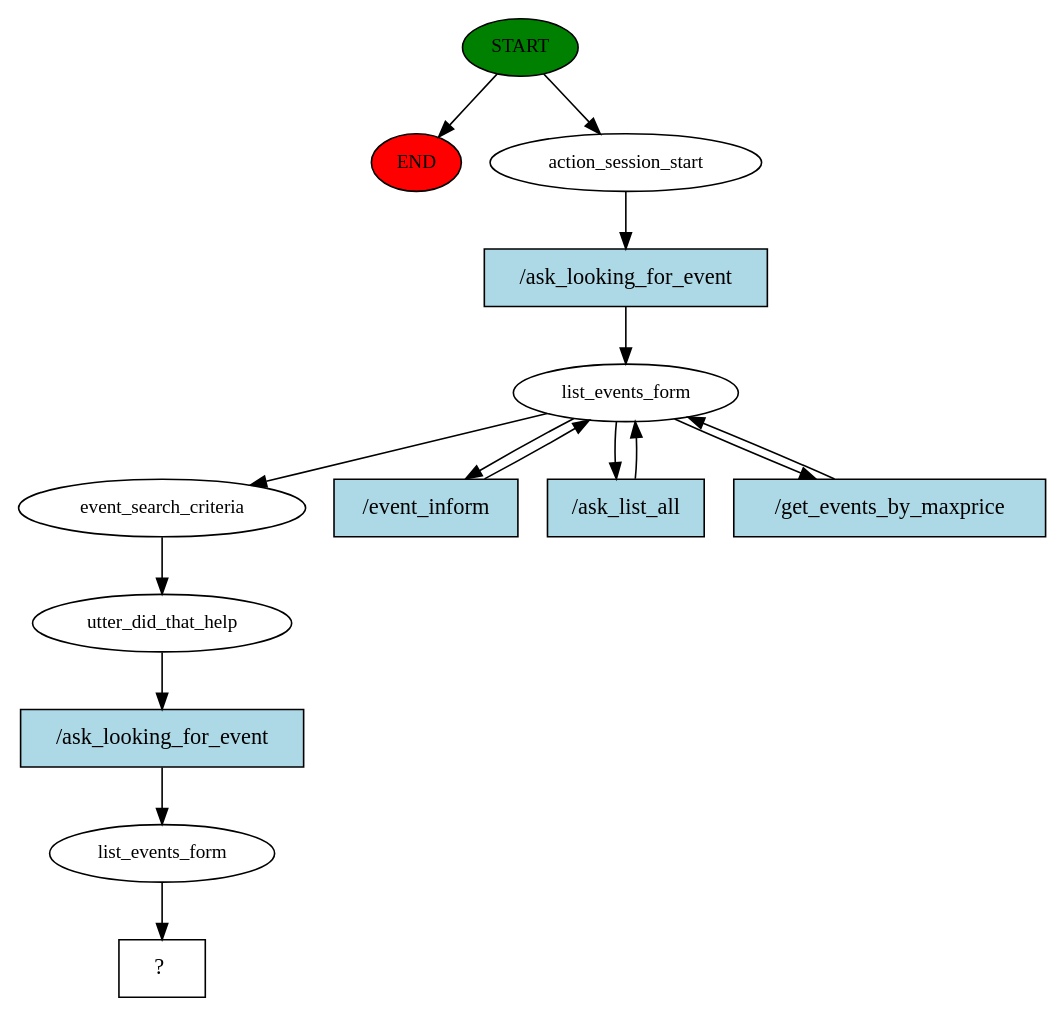
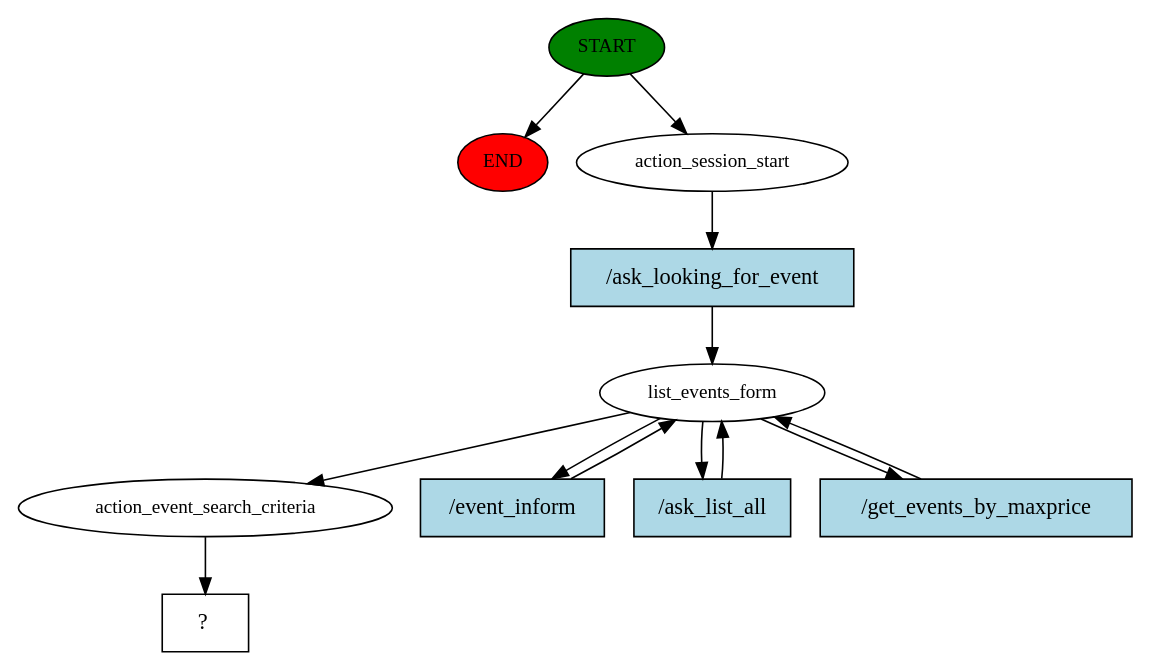
Before and after one commit to EhteshamBahoo/Tic8M8_Bot: the diagram in story_graph.dot, drawn with Graphviz. The commit also changed 11 other files, not shown here.

```diff
--- a/story_graph.dot
+++ b/story_graph.dot
@@ -1,30 +1,24 @@
 digraph  {
 0 [class="start active", fillcolor=green, fontsize=12, label=START, style=filled];
 "-1" [class=end, fillcolor=red, fontsize=12, label=END, style=filled];
 1 [class=active, fontsize=12, label=action_session_start];
 2 [class=active, fontsize=12, label=list_events_form];
-6 [class=active, fontsize=12, label=event_search_criteria];
-7 [class=active, fontsize=12, label=utter_did_that_help];
-8 [class=active, fontsize=12, label=list_events_form];
-9 [class="intent dashed active", label="  ?  ", shape=rect];
-10 [class="intent active", fillcolor=lightblue, label="/ask_looking_for_event", shape=rect, style=filled];
-11 [class="intent active", fillcolor=lightblue, label="/event_inform", shape=rect, style=filled];
-12 [class="intent active", fillcolor=lightblue, label="/ask_list_all", shape=rect, style=filled];
-13 [class="intent active", fillcolor=lightblue, label="/get_events_by_maxprice", shape=rect, style=filled];
-14 [class="intent active", fillcolor=lightblue, label="/ask_looking_for_event", shape=rect, style=filled];
+6 [class=active, fontsize=12, label=action_event_search_criteria];
+7 [class="intent dashed active", label="  ?  ", shape=rect];
+8 [class="intent active", fillcolor=lightblue, label="/ask_looking_for_event", shape=rect, style=filled];
+9 [class="intent active", fillcolor=lightblue, label="/event_inform", shape=rect, style=filled];
+10 [class="intent active", fillcolor=lightblue, label="/ask_list_all", shape=rect, style=filled];
+11 [class="intent active", fillcolor=lightblue, label="/get_events_by_maxprice", shape=rect, style=filled];
 0 -> "-1"  [class="", key=NONE, label=""];
 0 -> 1  [class=active, key=NONE, label=""];
-1 -> 10  [class=active, key=0];
+1 -> 8  [class=active, key=0];
 2 -> 6  [class=active, key=NONE, label=""];
+2 -> 9  [class=active, key=0];
+2 -> 10  [class=active, key=0];
 2 -> 11  [class=active, key=0];
-2 -> 12  [class=active, key=0];
-2 -> 13  [class=active, key=0];
 6 -> 7  [class=active, key=NONE, label=""];
-7 -> 14  [class=active, key=0];
-8 -> 9  [class=active, key=NONE, label=""];
+8 -> 2  [class=active, key=0];
+9 -> 2  [class=active, key=0];
 10 -> 2  [class=active, key=0];
 11 -> 2  [class=active, key=0];
-12 -> 2  [class=active, key=0];
-13 -> 2  [class=active, key=0];
-14 -> 8  [class=active, key=0];
 }
```
